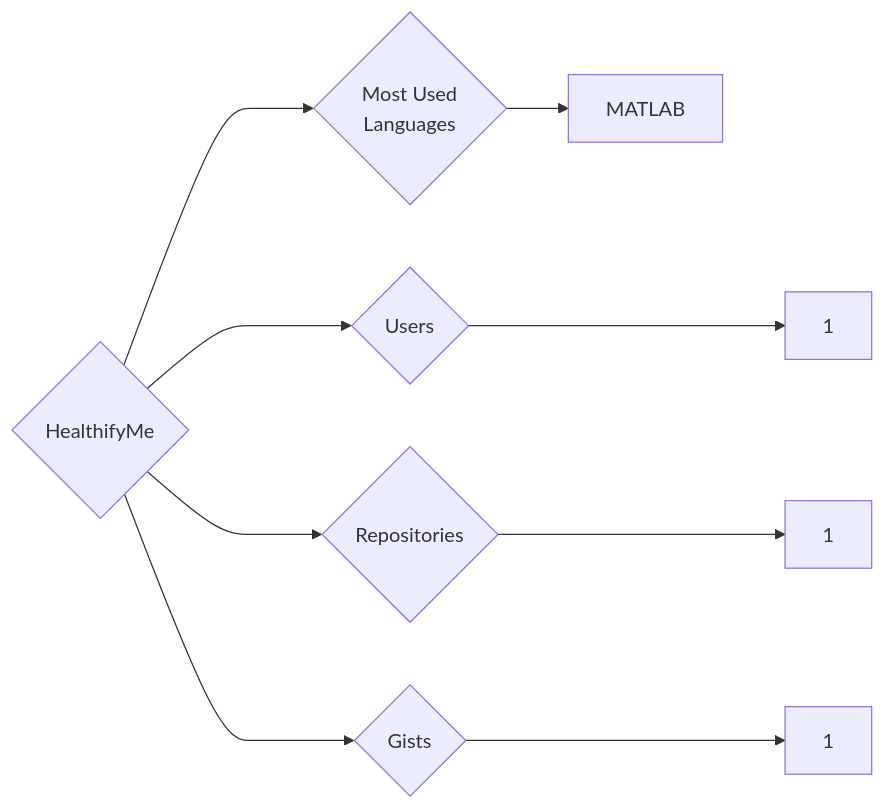
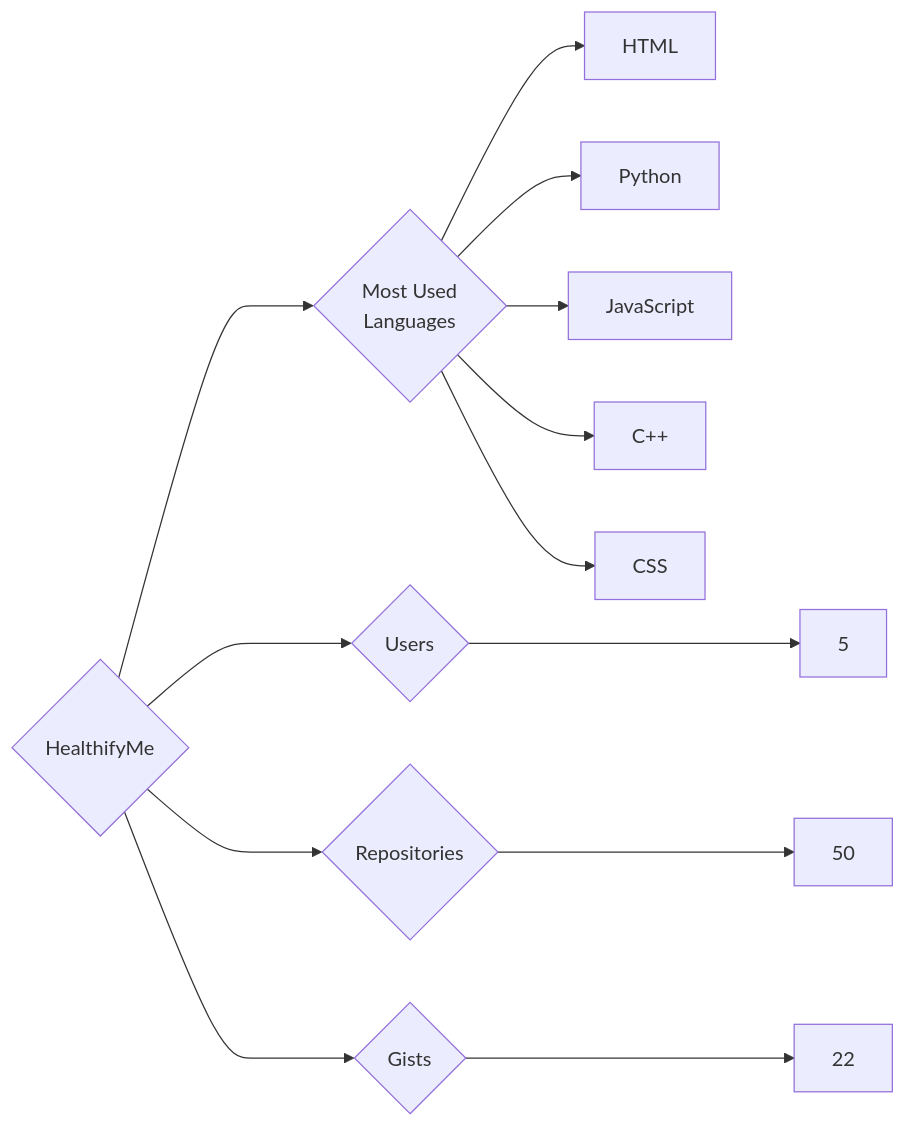
The diagram in targets/HealthifyMe/README.md (trickest/insiders), drawn with Mermaid before and after one commit. The commit also changed 1078 other files, not shown here.

````diff
--- a/targets/HealthifyMe/README.md
+++ b/targets/HealthifyMe/README.md
@@ -3,9 +3,13 @@
 ```mermaid
 graph LR
 COMPANY_NAME{HealthifyMe}
-COMPANY_NAME ---> U{Users} ---> UN[1]
-COMPANY_NAME ---> R{Repositories} ---> RN[1]
-COMPANY_NAME ---> G{Gists} ---> GN[1]
+COMPANY_NAME ---> U{Users} ---> UN[5]
+COMPANY_NAME ---> R{Repositories} ---> RN[50]
+COMPANY_NAME ---> G{Gists} ---> GN[22]
 COMPANY_NAME ---> ML{Most Used<br>Languages}
-ML --> MATLAB[MATLAB]
+ML --> HTML[HTML]
+ML --> Python[Python]
+ML --> JavaScript[JavaScript]
+ML --> C++[C++]
+ML --> CSS[CSS]
 ```
````
